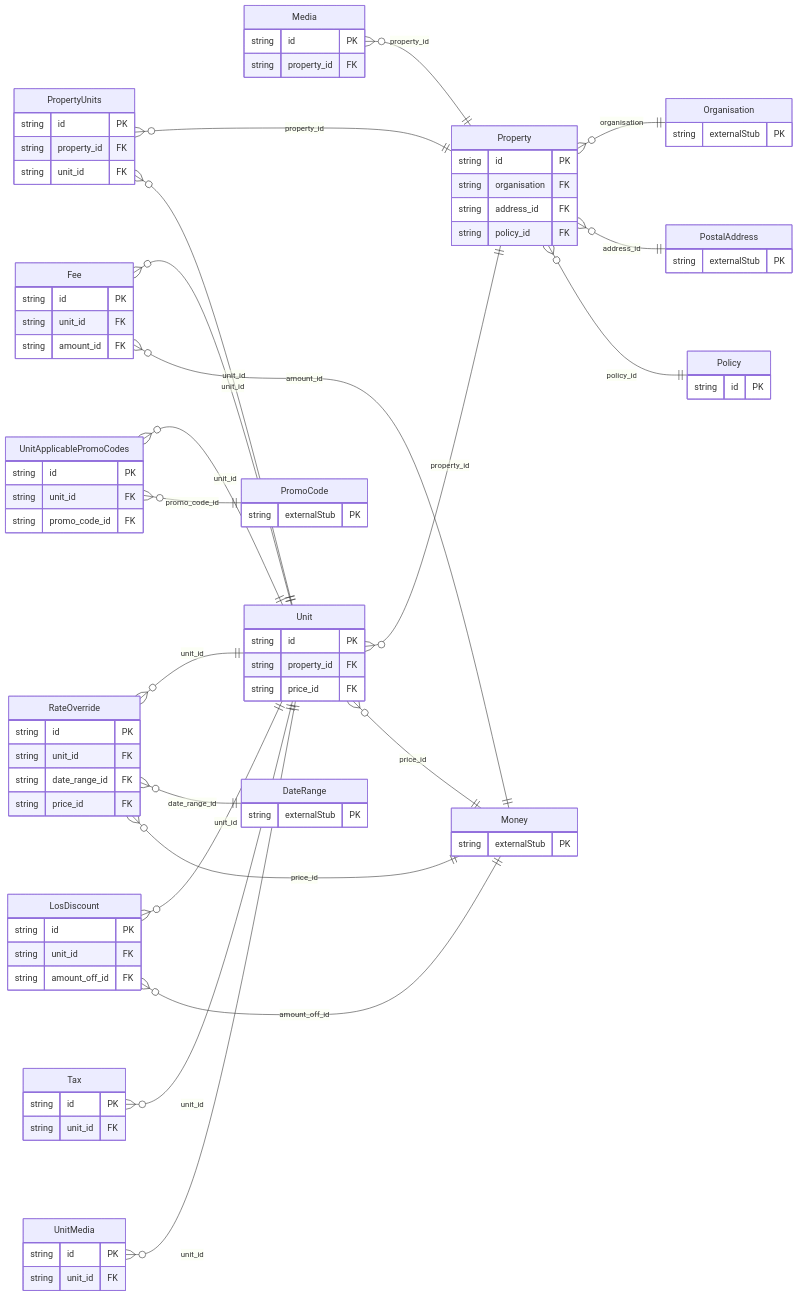
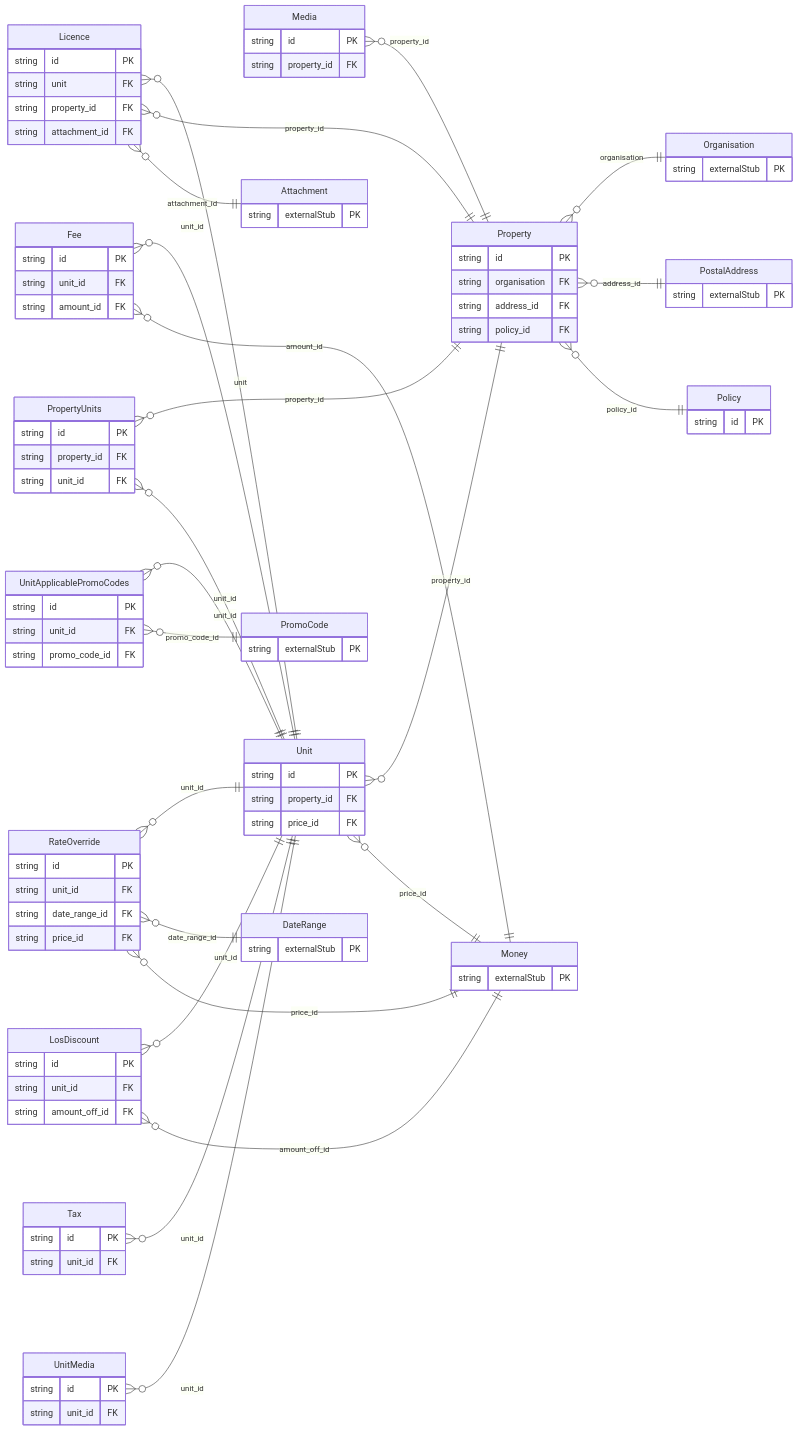
Before and after one commit to oh-tarnished/freebusy: the diagram in protobuf/generated/prisma/freebusy/property/README.md, drawn with Mermaid. The commit also changed other lines of this file and 939 other files, not shown here.

```diff
--- a/protobuf/generated/prisma/freebusy/property/README.md
+++ b/protobuf/generated/prisma/freebusy/property/README.md
@@ -17,6 +17,12 @@
         string id PK
         string unit_id FK
         string amount_id FK
+    }
+    Licence {
+        string id PK
+        string unit FK
+        string property_id FK
+        string attachment_id FK
     }
     LosDiscount {
         string id PK
@@ -65,6 +71,9 @@
         string id PK
         string unit_id FK
     }
+    Attachment {
+        string externalStub PK
+    }
     DateRange {
         string externalStub PK
     }
@@ -82,6 +91,9 @@
     }
     Fee }o--|| Unit : "unit_id"
     Fee }o--|| Money : "amount_id"
+    Licence }o--|| Unit : "unit"
+    Licence }o--|| Property : "property_id"
+    Licence }o--|| Attachment : "attachment_id"
     LosDiscount }o--|| Unit : "unit_id"
     LosDiscount }o--|| Money : "amount_off_id"
     Media }o--|| Property : "property_id"
```
